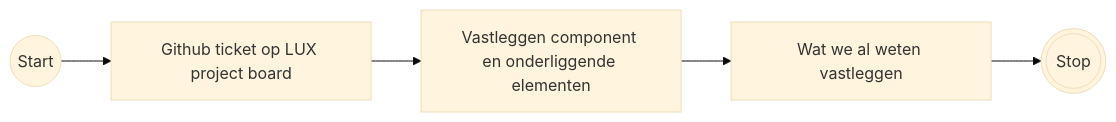
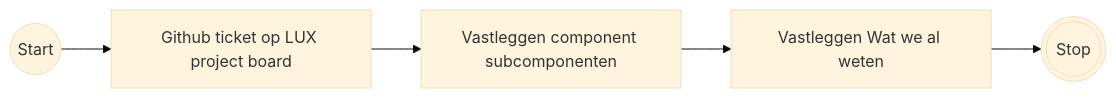
The third of 8 diagrams in PROCESSES.md (nl-design-system/lux), drawn with Mermaid (base theme) before and after one commit. The commit also changed other lines of this file, not shown here.

Commit message:
End of day - tweaks to the flows

````diff
--- a/PROCESSES.md
+++ b/PROCESSES.md
@@ -82,14 +75,14 @@
 ```mermaid
 flowchart LR
 
 A@{shape: circle, label: "Start"}
 B[Github ticket op LUX project board]
-C[Vastleggen component en onderliggende elementen]
-D[Wat we al weten vastleggen]
+C[Vastleggen component subcomponenten]
+D[Vastleggen Wat we al weten]
 Z@{shape: double-circle, label: "Stop"}
 
 A-->B
 B-->C
 C-->D
 D-->Z
 ```
````
